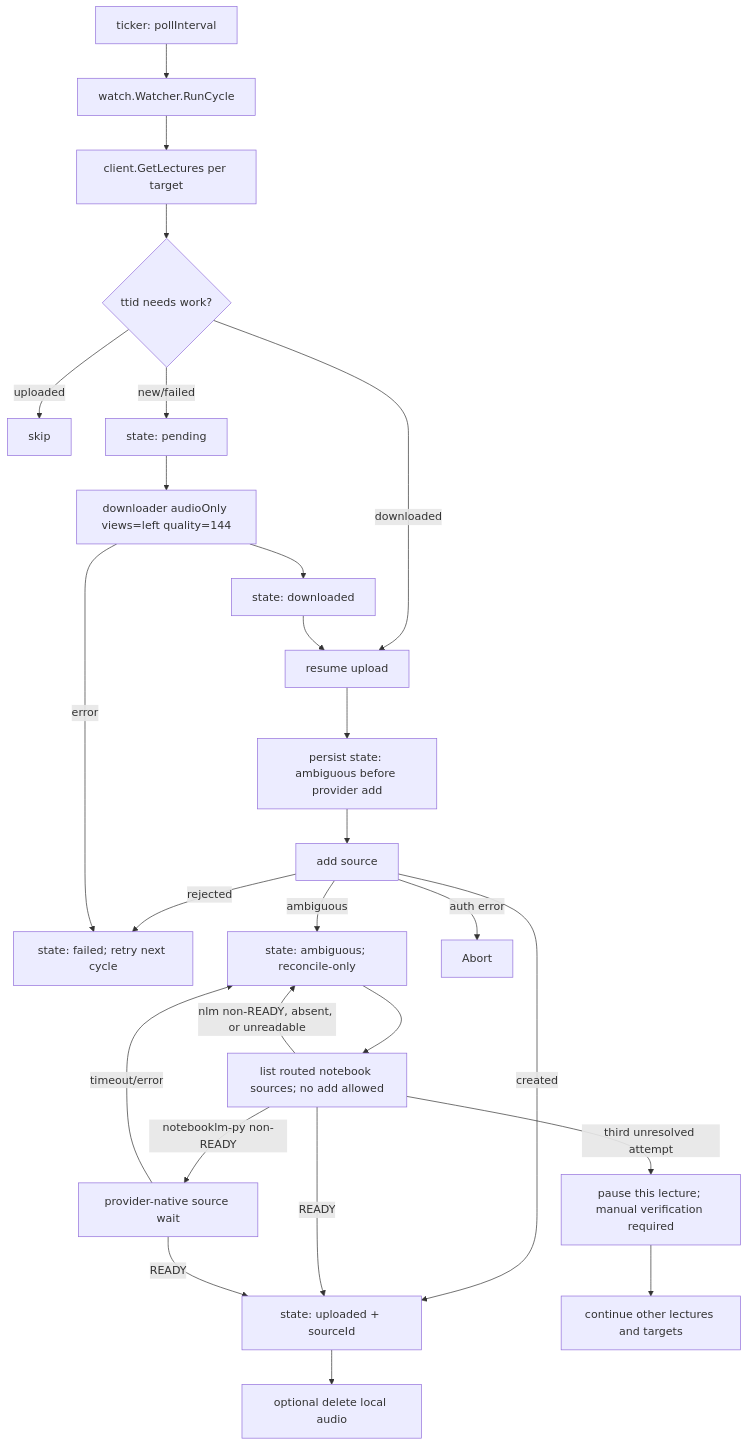
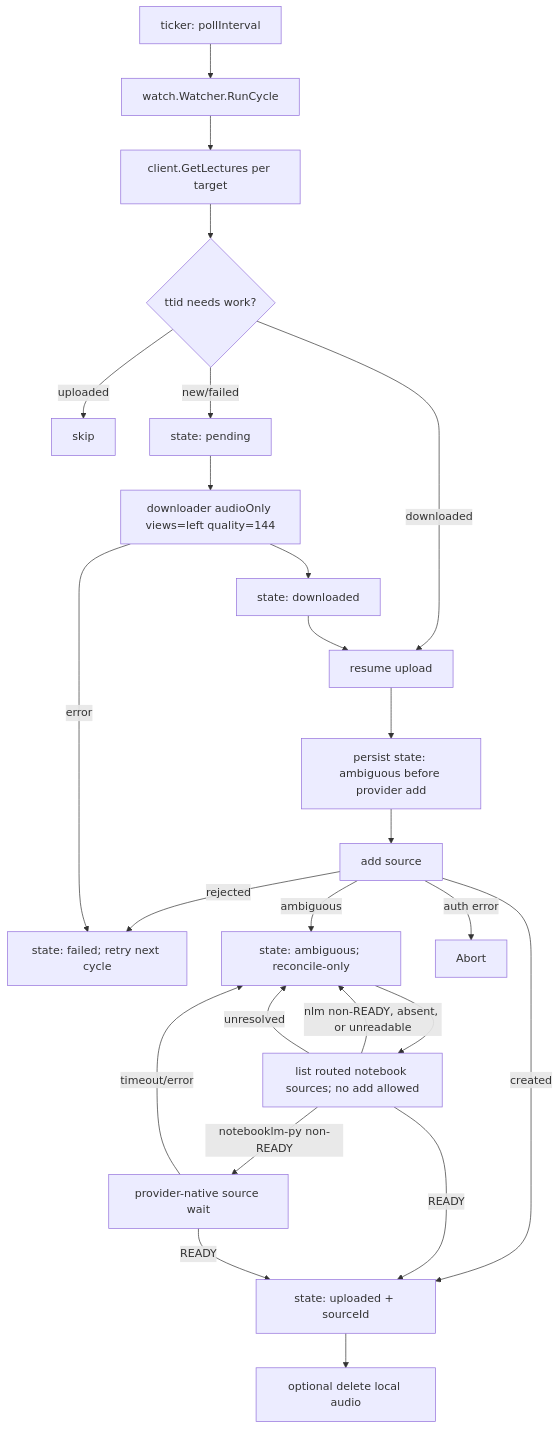
Before and after one commit to rabesss/impartus-cli: the fourth of 6 diagrams in docs/architecture.md, drawn with Mermaid. The commit also changed other lines of this file and 4 other files, not shown here.

````diff
--- a/docs/architecture.md
+++ b/docs/architecture.md
@@ -95,28 +95,27 @@
 ```mermaid
 flowchart TD
   Tick["ticker: pollInterval"] --> Loop
   Loop["watch.Watcher.RunCycle"] --> Fetch["client.GetLectures per target"]
   Fetch --> Diff{"ttid needs work?"}
   Diff -->|uploaded| Skip["skip"]
   Diff -->|downloaded| Up["resume upload"]
   Diff -->|new/failed| Claim["state: pending"]
   Claim --> DL["downloader audioOnly views=left quality=144"]
   DL --> Mark1["state: downloaded"]
   Mark1 --> Up
   Up --> Intent["persist state: ambiguous before provider add"]
   Intent --> Add["add source"]
   Add -->|created| Mark2["state: uploaded + sourceId"]
   Add -->|rejected| Retry["state: failed; retry next cycle"]
   Add -->|ambiguous| Hold["state: ambiguous; reconcile-only"]
   Hold --> SafeRecon["list routed notebook sources; no add allowed"]
   SafeRecon -->|READY| Mark2
   SafeRecon -->|notebooklm-py non-READY| Wait["provider-native source wait"]
   Wait -->|READY| Mark2
   Wait -->|timeout/error| Hold
   SafeRecon -->|nlm non-READY, absent, or unreadable| Hold
-  SafeRecon -->|third unresolved attempt| Pause["pause this lecture; manual verification required"]
-  Pause --> Continue["continue other lectures and targets"]
+  SafeRecon -->|unresolved| Hold
   Mark2 --> Clean["optional delete local audio"]
   DL -->|error| Retry
   Add -->|auth error| Abort
 ```
````
